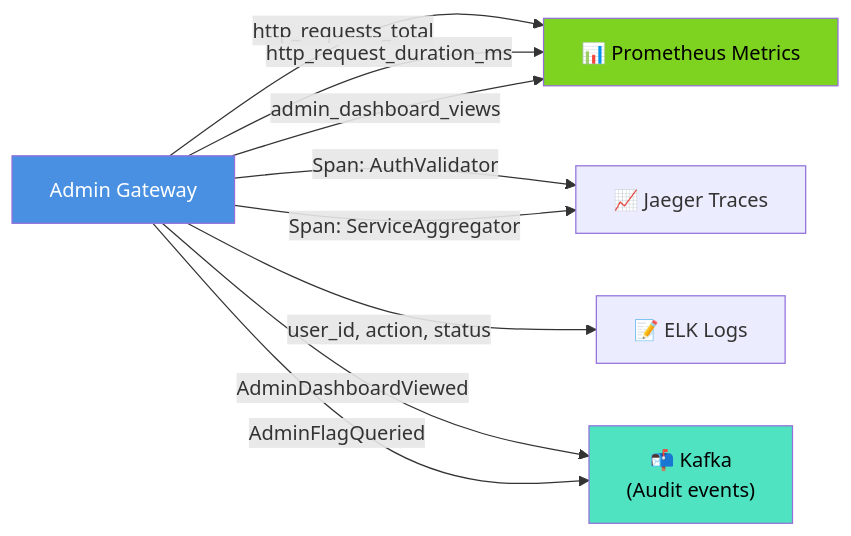
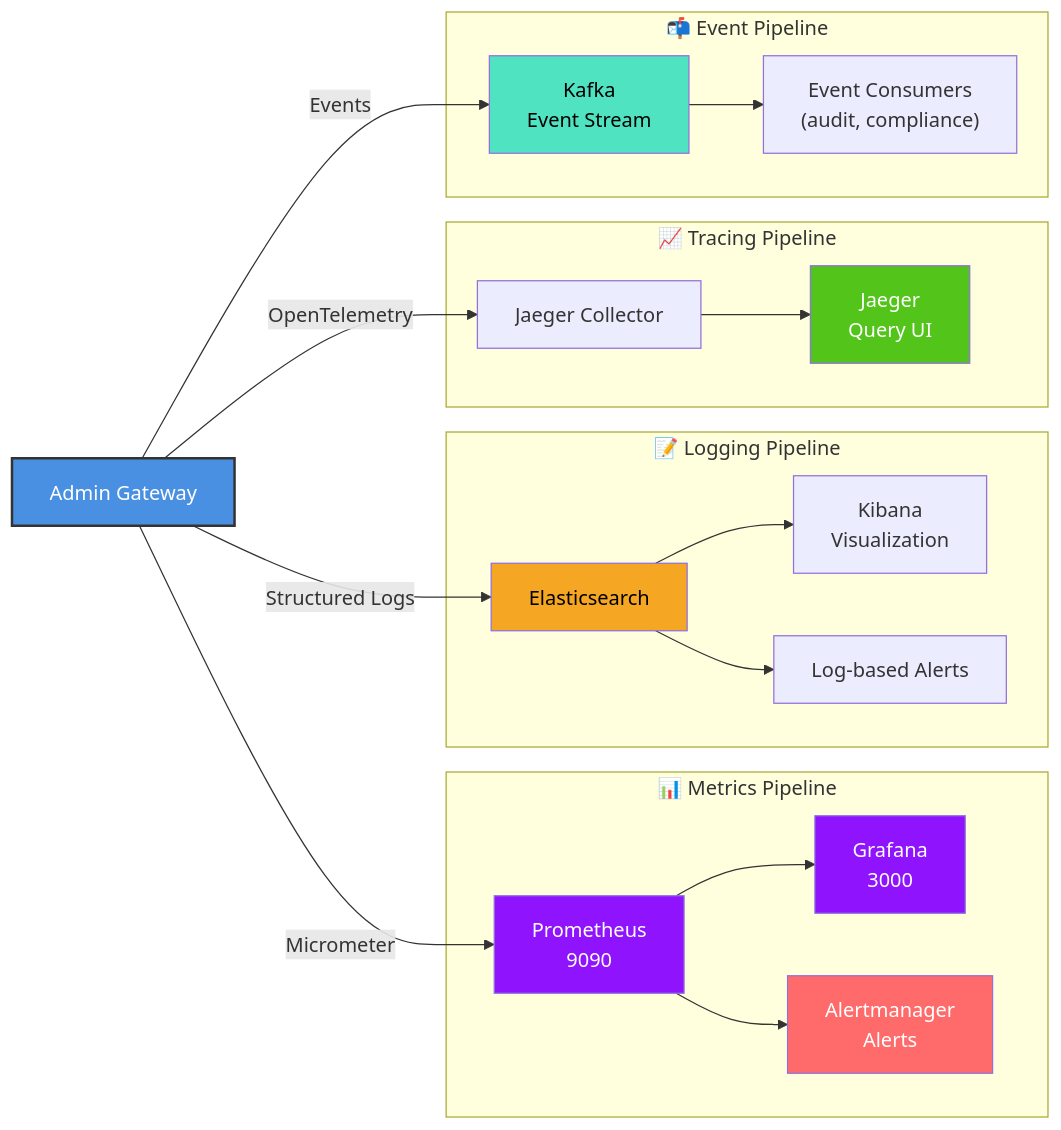
The fourth of 4 diagrams in docs/services/admin-gateway-service/diagrams-v2/06-er-diagram.md (sunitakeazycommerz-a11y/InstaCommerce), drawn with Mermaid before and after one commit. The commit also changed other lines of this file and 12 other files, not shown here.

````diff
--- a/docs/services/admin-gateway-service/diagrams-v2/06-er-diagram.md
+++ b/docs/services/admin-gateway-service/diagrams-v2/06-er-diagram.md
@@ -73,25 +188,49 @@
 ```mermaid
 graph LR
     AdminGateway["Admin Gateway"]
 
-    Metrics["📊 Prometheus Metrics"]
-    Traces["📈 Jaeger Traces"]
-    Logs["📝 ELK Logs"]
-    Kafka["📬 Kafka<br/>(Audit events)"]
+    subgraph metrics["📊 Metrics Pipeline"]
+        MPrometheus["Prometheus<br/>9090"]
+        MGrafana["Grafana<br/>3000"]
+        MAlerting["Alertmanager<br/>Alerts"]
+    end
 
-    AdminGateway -->|http_requests_total| Metrics
-    AdminGateway -->|http_request_duration_ms| Metrics
-    AdminGateway -->|admin_dashboard_views| Metrics
+    subgraph logs["📝 Logging Pipeline"]
+        LElasticsearch["Elasticsearch"]
+        LKibana["Kibana<br/>Visualization"]
+        LAlerts["Log-based Alerts"]
+    end
 
-    AdminGateway -->|Span: AuthValidator| Traces
-    AdminGateway -->|Span: ServiceAggregator| Traces
+    subgraph traces["📈 Tracing Pipeline"]
+        TJaeger["Jaeger<br/>Query UI"]
+        TCollection["Jaeger Collector"]
+    end
 
-    AdminGateway -->|user_id, action, status| Logs
+    subgraph events["📬 Event Pipeline"]
+        EKafka["Kafka<br/>Event Stream"]
+        EConsumer["Event Consumers<br/>(audit, compliance)"]
+    end
 
-    AdminGateway -->|AdminDashboardViewed| Kafka
-    AdminGateway -->|AdminFlagQueried| Kafka
+    AdminGateway -->|Micrometer| MPrometheus
+    AdminGateway -->|Structured Logs| LElasticsearch
+    AdminGateway -->|OpenTelemetry| TCollection
 
-    style AdminGateway fill:#4A90E2,color:#fff
-    style Metrics fill:#7ED321,color:#000
-    style Kafka fill:#50E3C2,color:#000
+    MPrometheus --> MGrafana
+    MPrometheus --> MAlerting
+
+    LElasticsearch --> LKibana
+    LElasticsearch --> LAlerts
+
+    TCollection --> TJaeger
+
+    AdminGateway -->|Events| EKafka
+    EKafka --> EConsumer
+
+    style AdminGateway fill:#4A90E2,color:#fff,stroke:#333,stroke-width:2px
+    style MPrometheus fill:#9013FE,color:#fff
+    style MGrafana fill:#9013FE,color:#fff
+    style MAlerting fill:#FF6B6B,color:#fff
+    style LElasticsearch fill:#F5A623,color:#000
+    style TJaeger fill:#52C41A,color:#fff
+    style EKafka fill:#50E3C2,color:#000
 ```
````
